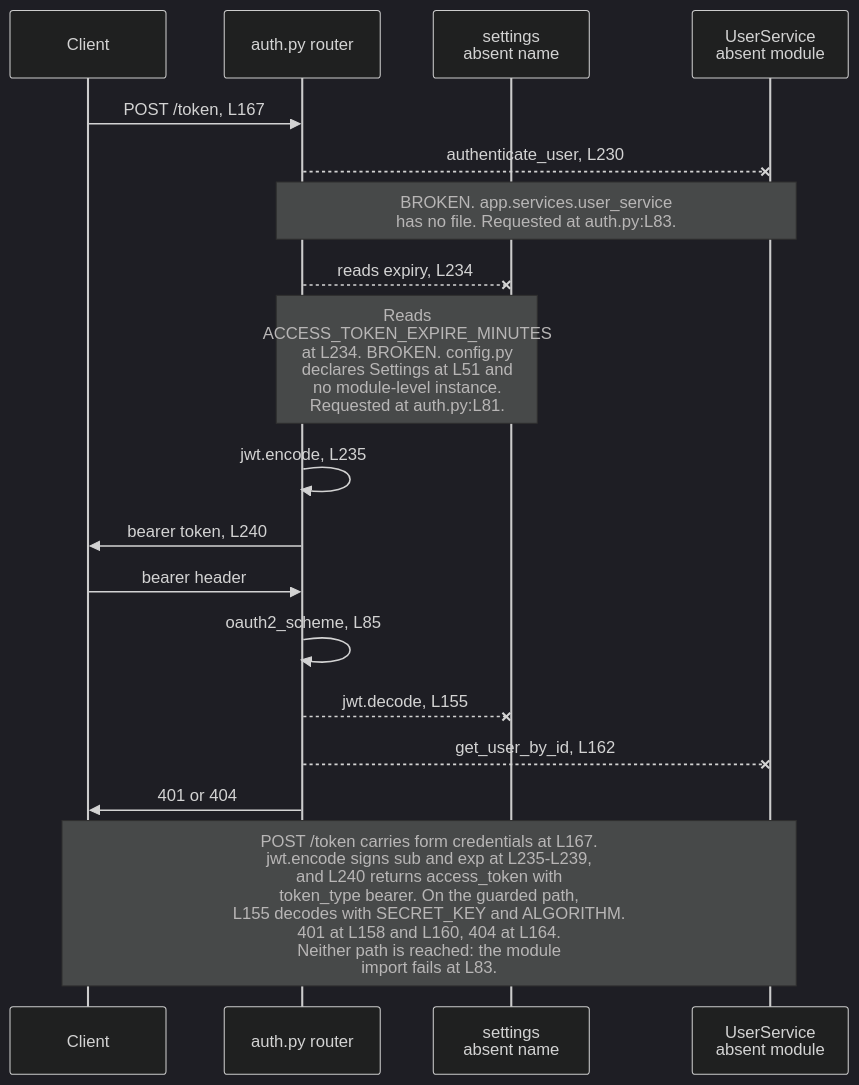
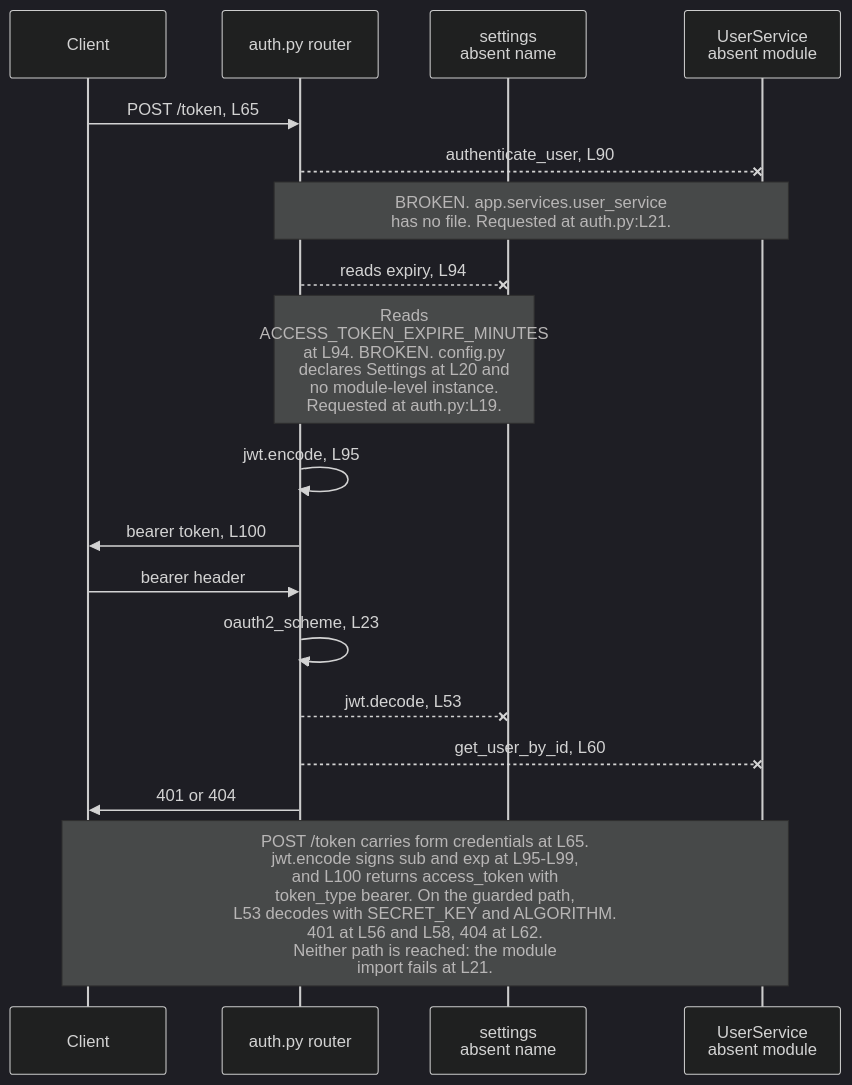
One commit to blitzy-public-samples/microsoft-word-u33ko0 changed the first of 2 diagrams in backend/app/api/README.md. Above: the diagram before and after it, drawn with Mermaid (dark theme). The commit also changed other lines of this file and 69 other files, not shown here.

````diff
--- a/backend/app/api/README.md
+++ b/backend/app/api/README.md
@@ -148,23 +149,23 @@
 ```mermaid
 sequenceDiagram
     accTitle: Token issuance and protected-route validation in the auth router
-    accDescr: A client posts form credentials to the token route, which reaches for an absent UserService and an absent settings instance before it can sign a token. The protected-route path repeats both failures. Neither path is reached, because the module import fails at auth.py:L83.
+    accDescr: A client posts form credentials to the token route, which reaches for an absent UserService and an absent settings instance before it can sign a token. The protected-route path repeats both failures. Neither path is reached, because the module import fails at auth.py:L21.
     participant C as Client
     participant A as auth.py router
     participant S as settings<br/>absent name
     participant U as UserService<br/>absent module
 
-    C->>A: POST /token, L167
-    A--xU: authenticate_user, L230
-    Note over A,U: BROKEN. app.services.user_service<br/>has no file. Requested at auth.py:L83.
-    A--xS: reads expiry, L234
-    Note over A,S: Reads<br/>ACCESS_TOKEN_EXPIRE_MINUTES<br/>at L234. BROKEN. config.py<br/>declares Settings at L51 and<br/>no module-level instance.<br/>Requested at auth.py:L81.
-    A->>A: jwt.encode, L235
-    A->>C: bearer token, L240
+    C->>A: POST /token, L65
+    A--xU: authenticate_user, L90
+    Note over A,U: BROKEN. app.services.user_service<br/>has no file. Requested at auth.py:L21.
+    A--xS: reads expiry, L94
+    Note over A,S: Reads<br/>ACCESS_TOKEN_EXPIRE_MINUTES<br/>at L94. BROKEN. config.py<br/>declares Settings at L20 and<br/>no module-level instance.<br/>Requested at auth.py:L19.
+    A->>A: jwt.encode, L95
+    A->>C: bearer token, L100
     C->>A: bearer header
-    A->>A: oauth2_scheme, L85
-    A--xS: jwt.decode, L155
-    A--xU: get_user_by_id, L162
+    A->>A: oauth2_scheme, L23
+    A--xS: jwt.decode, L53
+    A--xU: get_user_by_id, L60
     A->>C: 401 or 404
-    Note over C,U: POST /token carries form credentials at L167.<br/>jwt.encode signs sub and exp at L235-L239,<br/>and L240 returns access_token with<br/>token_type bearer. On the guarded path,<br/>L155 decodes with SECRET_KEY and ALGORITHM.<br/>401 at L158 and L160, 404 at L164.<br/>Neither path is reached: the module<br/>import fails at L83.
+    Note over C,U: POST /token carries form credentials at L65.<br/>jwt.encode signs sub and exp at L95-L99,<br/>and L100 returns access_token with<br/>token_type bearer. On the guarded path,<br/>L53 decodes with SECRET_KEY and ALGORITHM.<br/>401 at L56 and L58, 404 at L62.<br/>Neither path is reached: the module<br/>import fails at L21.
 ```
````
